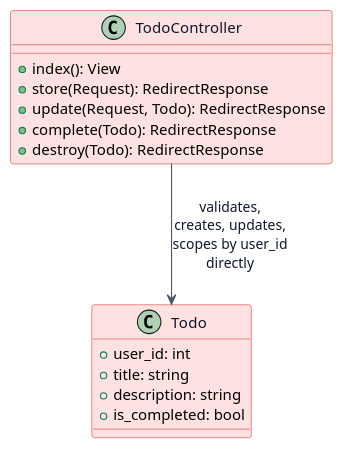
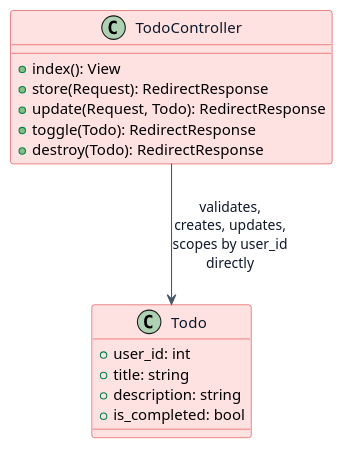
One commit to se-polinema/se-polinema.github.io changed the sixth of 14 diagrams in src/content/blog/skripsi-series-part-4-analisis-dan-perancangan.md. Above: the diagram before and after it, drawn with PlantUML. The commit also changed other lines of this file and 6 other files, not shown here.

First line of the commit message:
Fix Todo case study: complete-only action becomes a real toggle

````diff
--- a/src/content/blog/skripsi-series-part-4-analisis-dan-perancangan.md
+++ b/src/content/blog/skripsi-series-part-4-analisis-dan-perancangan.md
@@ -460,31 +460,31 @@
 ```plantuml
 @startuml
 skinparam backgroundColor #FFFFFF
 skinparam class {
   BackgroundColor #fee2e2
   BorderColor #dc2626
   FontColor #0f172a
 }
 skinparam arrow {
   Color #475569
   FontColor #0f172a
 }
 
 class TodoController {
   +index(): View
   +store(Request): RedirectResponse
   +update(Request, Todo): RedirectResponse
-  +complete(Todo): RedirectResponse
+  +toggle(Todo): RedirectResponse
   +destroy(Todo): RedirectResponse
 }
 
 class Todo {
   +user_id: int
   +title: string
   +description: string
   +is_completed: bool
 }
 
 TodoController --> Todo : validates,\ncreates, updates,\nscopes by user_id\ndirectly
 @enduml
 ```
````
